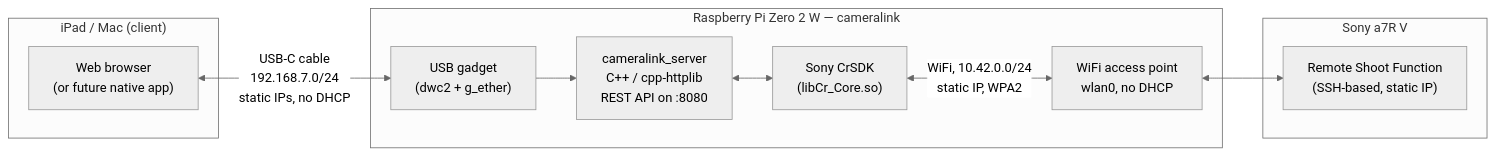
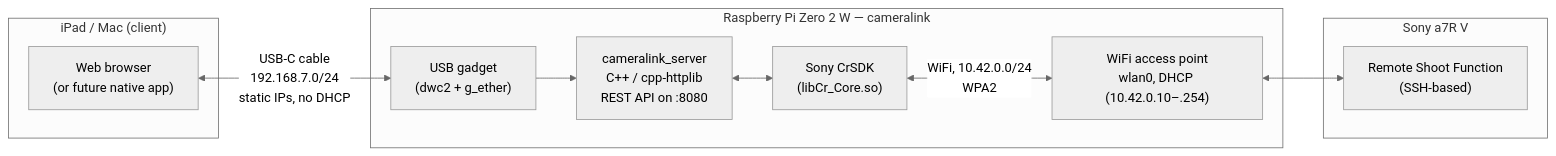
The diagram in docs/ARCHITECTURE.md (chuckbrant/cameralink), drawn with Mermaid (neutral theme) before and after one commit. The commit also changed other lines of this file and 2 other files, not shown here.

First line of the commit message:
Re-enable DHCP on the access point; correct docs that misattributed the fix

````diff
--- a/docs/ARCHITECTURE.md
+++ b/docs/ARCHITECTURE.md
@@ -5,23 +5,23 @@
 ```mermaid
 flowchart LR
     subgraph iPad["iPad / Mac (client)"]
         Browser["Web browser<br/>(or future native app)"]
     end
 
     subgraph Pi["Raspberry Pi Zero 2 W — cameralink"]
         USBGadget["USB gadget<br/>(dwc2 + g_ether)"]
         Server["cameralink_server<br/>C++ / cpp-httplib<br/>REST API on :8080"]
         CrSDK["Sony CrSDK<br/>(libCr_Core.so)"]
-        AP["WiFi access point<br/>wlan0, no DHCP"]
+        AP["WiFi access point<br/>wlan0, DHCP (10.42.0.10–.254)"]
     end
 
     subgraph Camera["Sony a7R V"]
-        RemoteShoot["Remote Shoot Function<br/>(SSH-based, static IP)"]
+        RemoteShoot["Remote Shoot Function<br/>(SSH-based)"]
     end
 
     Browser <-->|"USB-C cable<br/>192.168.7.0/24<br/>static IPs, no DHCP"| USBGadget
     USBGadget --> Server
     Server <--> CrSDK
-    CrSDK <-->|"WiFi, 10.42.0.0/24<br/>static IP, WPA2"| AP
+    CrSDK <-->|"WiFi, 10.42.0.0/24<br/>WPA2"| AP
     AP <--> RemoteShoot
 ```
````
